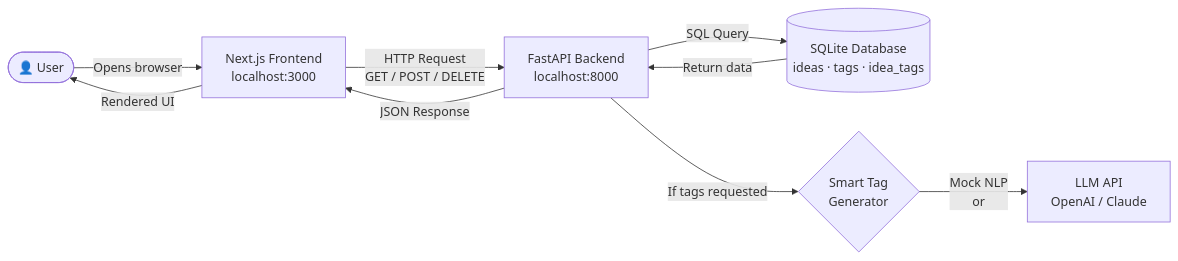
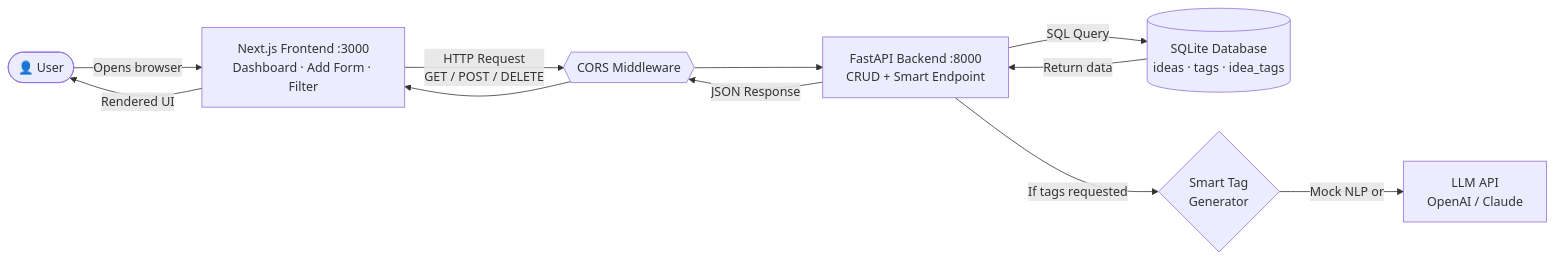
One commit to Saima-H/orientrix-training changed the first of 4 diagrams in AI_JOURNAL.md. Above: the diagram before and after it, drawn with Mermaid. The commit also changed other lines of this file, not shown here.

First line of the commit message:
Enhance Idea Vault with flowcharts and usage instructions

````diff
--- a/AI_JOURNAL.md
+++ b/AI_JOURNAL.md
@@ -83,11 +86,13 @@
 ```mermaid
 flowchart LR
-    User([👤 User]) -->|Opens browser| FE[Next.js Frontend<br/>localhost:3000]
-    FE -->|HTTP Request<br/>GET / POST / DELETE| BE[FastAPI Backend<br/>localhost:8000]
-    BE -->|SQL Query| DB[(SQLite Database<br/>ideas · tags · idea_tags)]
-    BE -->|If tags requested| AI{Smart Tag<br/>Generator}
-    AI -->|Mock NLP<br/>or| LLM[LLM API<br/>OpenAI / Claude]
+    User([👤 User]) -->|Opens browser| FE["Next.js Frontend :3000<br/>Dashboard · Add Form · Filter"]
+    FE -->|HTTP Request<br/>GET / POST / DELETE| CORS{{CORS Middleware}}
+    CORS --> BE["FastAPI Backend :8000<br/>CRUD + Smart Endpoint"]
+    BE -->|SQL Query| DB[("SQLite Database<br/>ideas · tags · idea_tags")]
+    BE -->|If tags requested| AI{"Smart Tag<br/>Generator"}
+    AI -->|Mock NLP or| LLM[LLM API<br/>OpenAI / Claude]
     DB -->|Return data| BE
-    BE -->|JSON Response| FE
+    BE -->|JSON Response| CORS
+    CORS --> FE
     FE -->|Rendered UI| User
 ```
````
